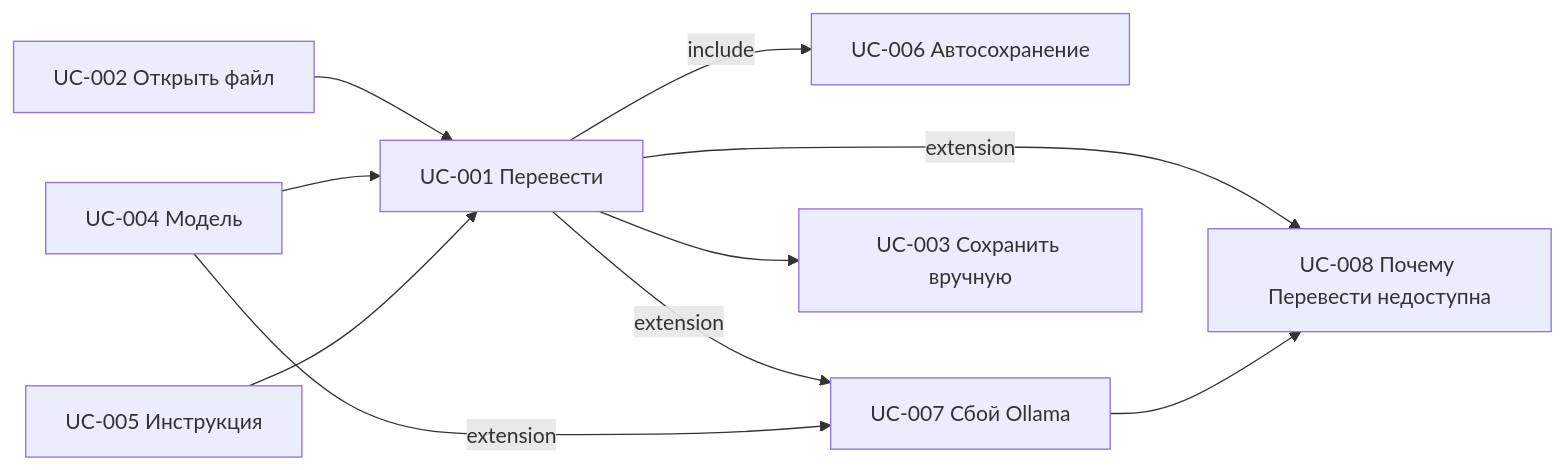
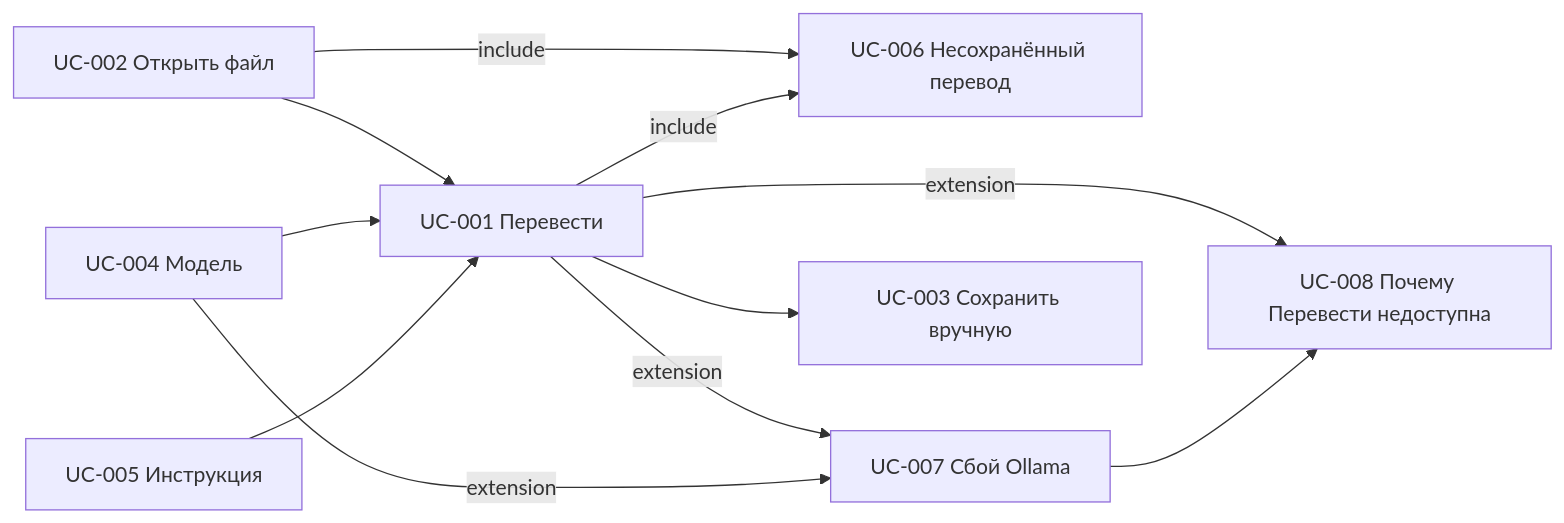
The diagram in requirements/use-cases/list-uc.md (ILikeWorkingIT/TranslateText), drawn with Mermaid before and after one commit. The commit also changed other lines of this file and 47 other files, not shown here.

````diff
--- a/requirements/use-cases/list-uc.md
+++ b/requirements/use-cases/list-uc.md
@@ -45,20 +46,21 @@
 ```mermaid
 flowchart LR
   UC002[UC-002 Открыть файл]
   UC004[UC-004 Модель]
   UC005[UC-005 Инструкция]
   UC001[UC-001 Перевести]
-  UC006[UC-006 Автосохранение]
+  UC006[UC-006 Несохранённый перевод]
   UC007[UC-007 Сбой Ollama]
   UC008[UC-008 Почему Перевести недоступна]
   UC003[UC-003 Сохранить вручную]
   UC002 --> UC001
+  UC002 -->|include| UC006
   UC004 --> UC001
   UC005 --> UC001
   UC001 -->|include| UC006
   UC001 -->|extension| UC007
   UC004 -->|extension| UC007
   UC001 -->|extension| UC008
   UC007 --> UC008
   UC001 --> UC003
 ```
````
